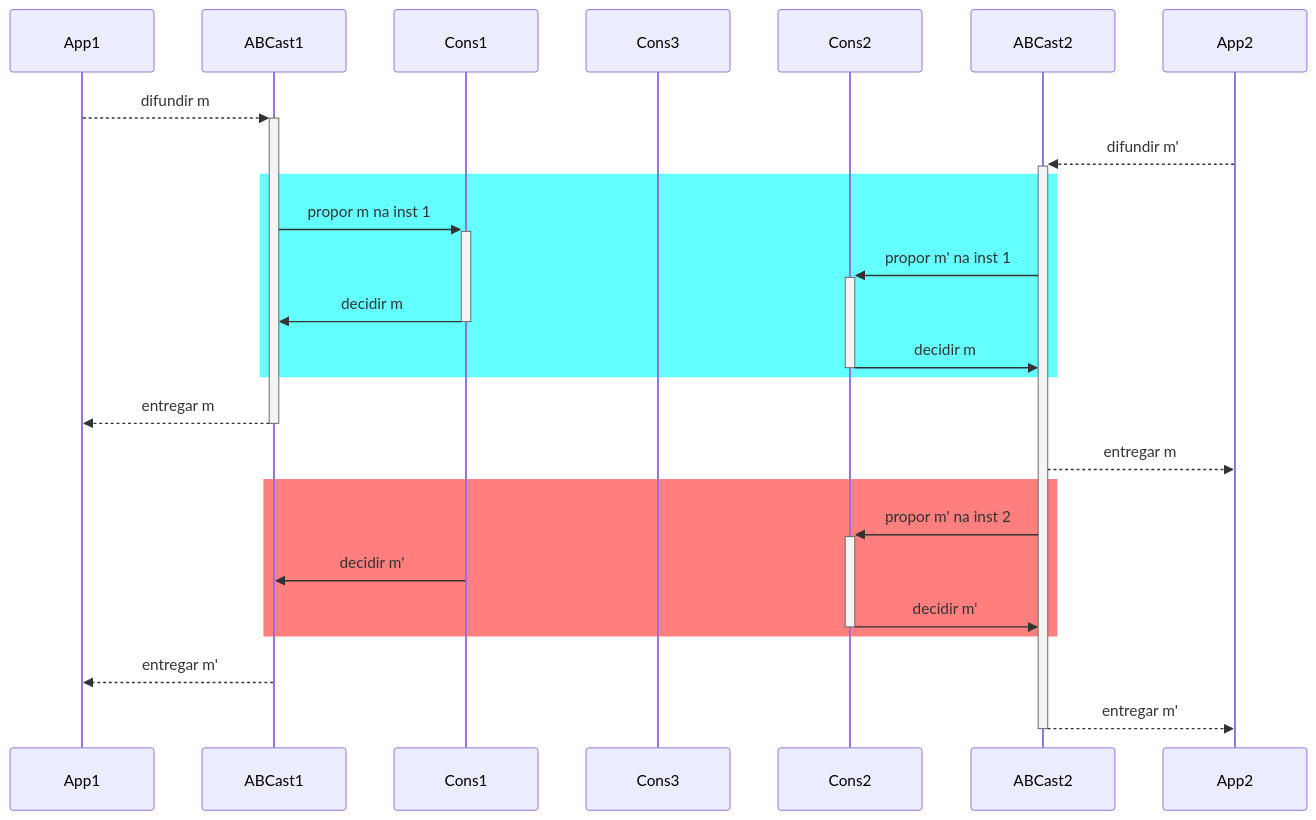
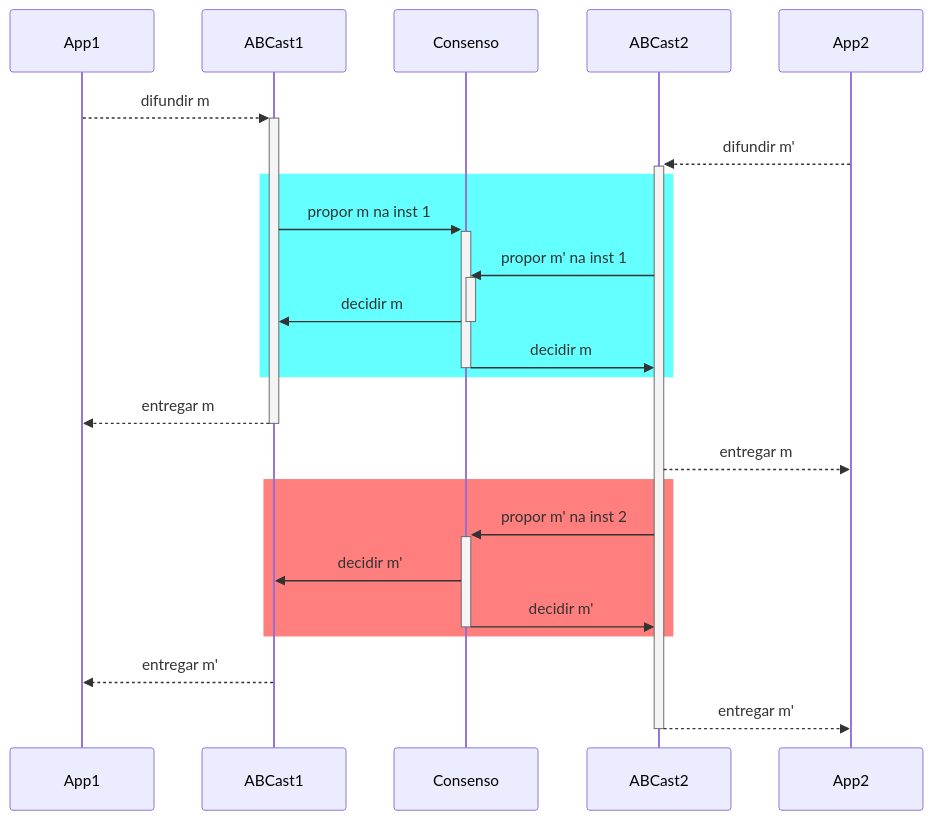
Before and after one commit to lasarojc/ds_notes: the diagram in docs/fault.md, drawn with Mermaid. The commit also changed other lines of this file and 7 other files, not shown here.

````diff
--- a/docs/fault.md
+++ b/docs/fault.md
@@ -459,35 +459,33 @@
 ```mermaid
 sequenceDiagram
     participant App1
     participant ABCast1
-    participant Cons1
-    participant Cons3
-    participant Cons2
+    participant Consenso
     participant ABCast2
     participant App2
 
 
     App1 -->>+ ABCast1: difundir m
 	  App2 -->>+ ABCast2: difundir m'
 
 rect rgb(100,255,255)
-    ABCast1 ->>+ Cons1: propor m na inst 1
-    ABCast2 ->>+ Cons2: propor m' na inst 1
+    ABCast1 ->>+ Consenso: propor m na inst 1
+    ABCast2 ->>+ Consenso: propor m' na inst 1
 
      
-    Cons1 ->>- ABCast1: decidir m
-    Cons2 ->>- ABCast2: decidir m
+    Consenso ->>- ABCast1: decidir m
+    Consenso ->>- ABCast2: decidir m
 end
     ABCast1 -->>- App1: entregar m
 	  ABCast2 -->> App2: entregar m
 
 rect rgba(255,0,0,.5)
-    ABCast2 ->>+ Cons2: propor m' na inst 2
+    ABCast2 ->>+ Consenso: propor m' na inst 2
 
-    Cons1 ->> ABCast1: decidir m'
-    Cons2 ->>- ABCast2: decidir m'
+    Consenso ->> ABCast1: decidir m'
+    Consenso ->>- ABCast2: decidir m'
 end
     ABCast1 -->> App1: entregar m'
 	  ABCast2 -->>- App2: entregar m'
 
 ```
````
